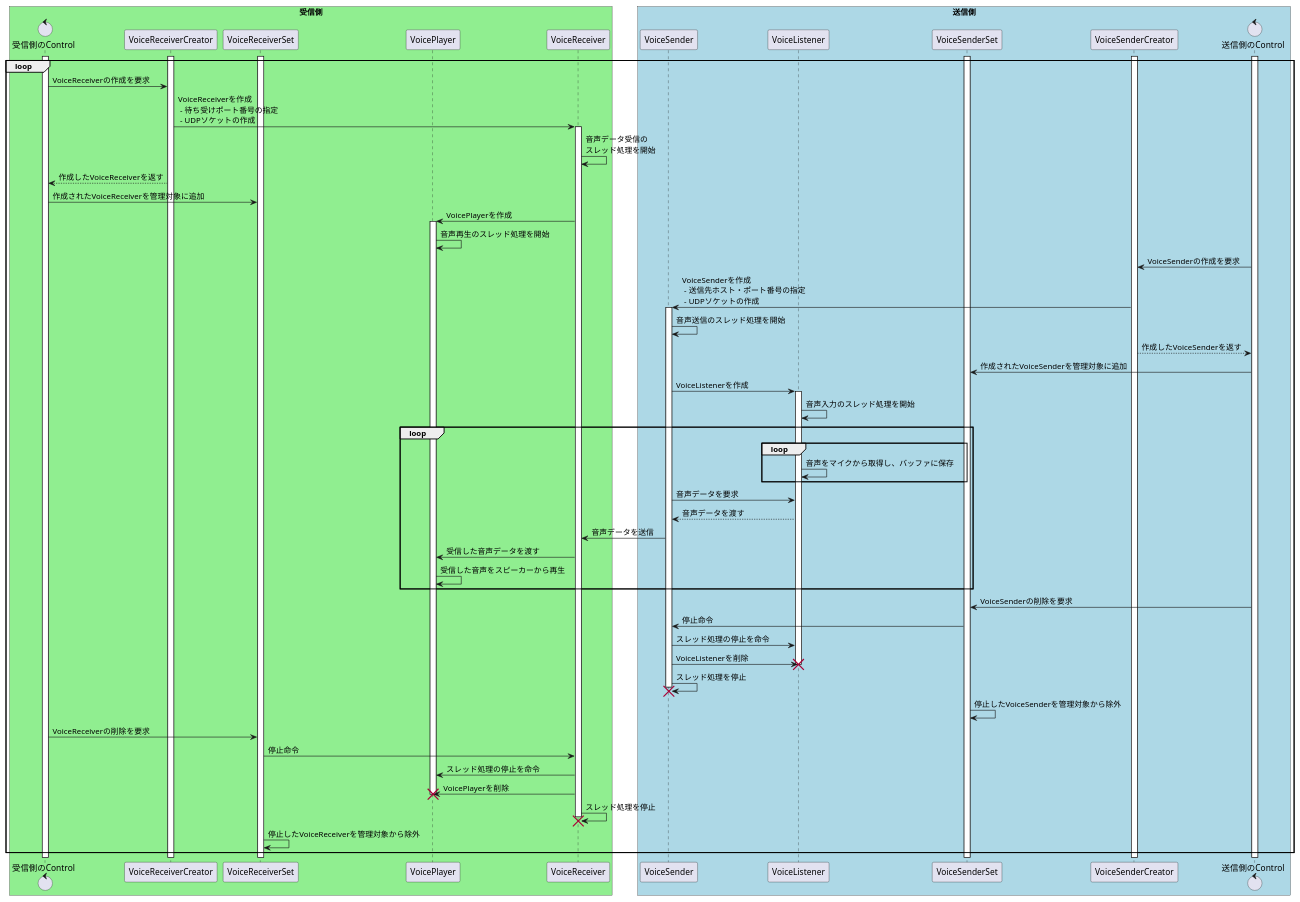
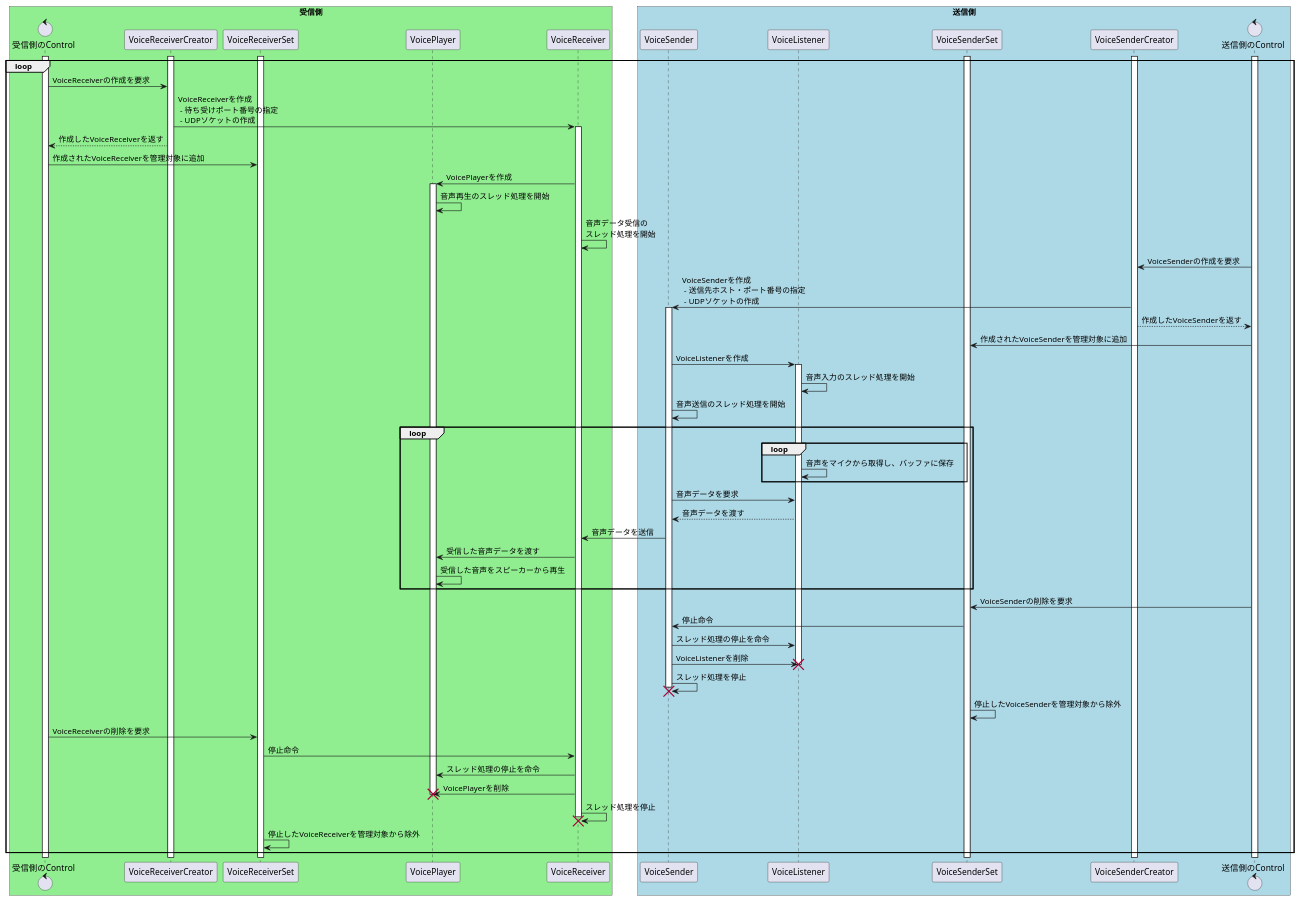
The diagram in diagram/sequence.puml (TOMOFUMI-KONDO/voice-transfer), drawn with PlantUML before and after one commit. The commit also changed other lines of this file and 3 other files, not shown here.

```diff
--- a/diagram/sequence.puml
+++ b/diagram/sequence.puml
@@ -1,86 +1,86 @@
 @startuml
 
 skinparam boxPadding 20
 
 box "受信側" #LightGreen
 control 受信側のControl
 participant VoiceReceiverCreator
 participant VoiceReceiverSet
 participant VoicePlayer
 participant VoiceReceiver
 end box
 
 box "送信側" #LightBlue
 participant VoiceSender
 participant VoiceListener
 participant VoiceSenderSet
 participant VoiceSenderCreator
 control 送信側のControl
 end box
 
 ' 初期化
 activate 受信側のControl
 activate VoiceReceiverSet
 activate VoiceReceiverCreator
 activate 送信側のControl
 activate VoiceSenderSet
 activate VoiceSenderCreator
 
 loop
     ' 受信準備
     受信側のControl -> VoiceReceiverCreator: VoiceReceiverの作成を要求
     VoiceReceiverCreator -> VoiceReceiver: VoiceReceiverを作成\n - 待ち受けポート番号の指定\n - UDPソケットの作成
     activate VoiceReceiver
-    VoiceReceiver -> VoiceReceiver: 音声データ受信の\nスレッド処理を開始
     受信側のControl <-- VoiceReceiverCreator: 作成したVoiceReceiverを返す
     受信側のControl -> VoiceReceiverSet: 作成されたVoiceReceiverを管理対象に追加
     VoiceReceiver -> VoicePlayer: VoicePlayerを作成
     activate VoicePlayer
     VoicePlayer -> VoicePlayer: 音声再生のスレッド処理を開始
+    VoiceReceiver -> VoiceReceiver: 音声データ受信の\nスレッド処理を開始
 
     ' 送信準備
     送信側のControl -> VoiceSenderCreator: VoiceSenderの作成を要求
     VoiceSenderCreator -> VoiceSender: VoiceSenderを作成\n - 送信先ホスト・ポート番号の指定 \n - UDPソケットの作成
     activate VoiceSender
-    VoiceSender -> VoiceSender: 音声送信のスレッド処理を開始
     送信側のControl <-- VoiceSenderCreator: 作成したVoiceSenderを返す
     送信側のControl -> VoiceSenderSet: 作成されたVoiceSenderを管理対象に追加
     VoiceSender -> VoiceListener: VoiceListenerを作成
     activate VoiceListener
     VoiceListener -> VoiceListener: 音声入力のスレッド処理を開始
+    VoiceSender -> VoiceSender: 音声送信のスレッド処理を開始
 
     ' 送受信処理
     loop
         loop
             VoiceListener -> VoiceListener: 音声をマイクから取得し、バッファに保存
         end
         VoiceSender -> VoiceListener: 音声データを要求
         VoiceSender <-- VoiceListener: 音声データを渡す
         VoiceSender -> VoiceReceiver: 音声データを送信
 
         VoiceReceiver -> VoicePlayer: 受信した音声データを渡す
         VoicePlayer -> VoicePlayer: 受信した音声をスピーカーから再生
     end
 
     ' 送信終了処理
     送信側のControl -> VoiceSenderSet: VoiceSenderの削除を要求
     VoiceSenderSet -> VoiceSender: 停止命令
     VoiceSender -> VoiceListener: スレッド処理の停止を命令
     VoiceSender -> VoiceListener: VoiceListenerを削除
     destroy VoiceListener
     VoiceSender -> VoiceSender: スレッド処理を停止
     destroy VoiceSender
     VoiceSenderSet -> VoiceSenderSet: 停止したVoiceSenderを管理対象から除外
 
     ' 受信終了処理
     受信側のControl -> VoiceReceiverSet: VoiceReceiverの削除を要求
     VoiceReceiverSet -> VoiceReceiver: 停止命令
     VoiceReceiver -> VoicePlayer: スレッド処理の停止を命令
     VoiceReceiver -> VoicePlayer: VoicePlayerを削除
     destroy VoicePlayer
     VoiceReceiver -> VoiceReceiver: スレッド処理を停止
     destroy VoiceReceiver
     VoiceReceiverSet -> VoiceReceiverSet: 停止したVoiceReceiverを管理対象から除外
 end
 
 @enduml
```
